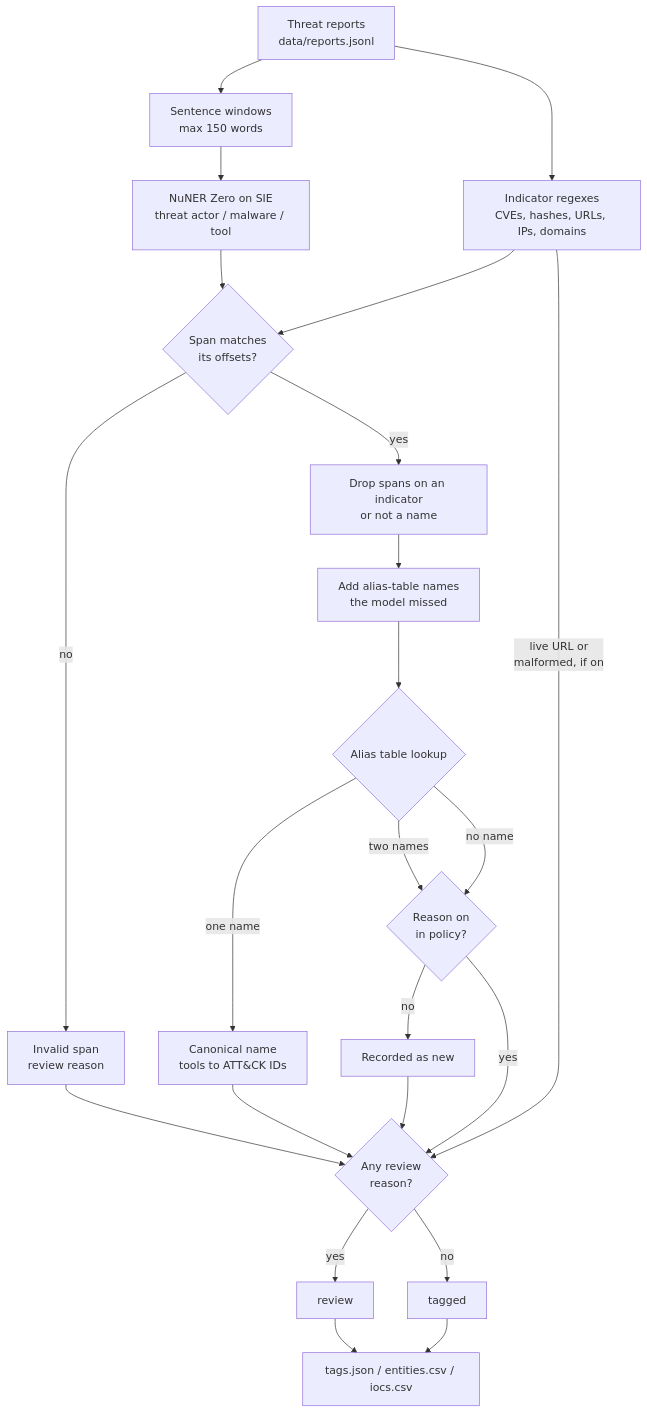
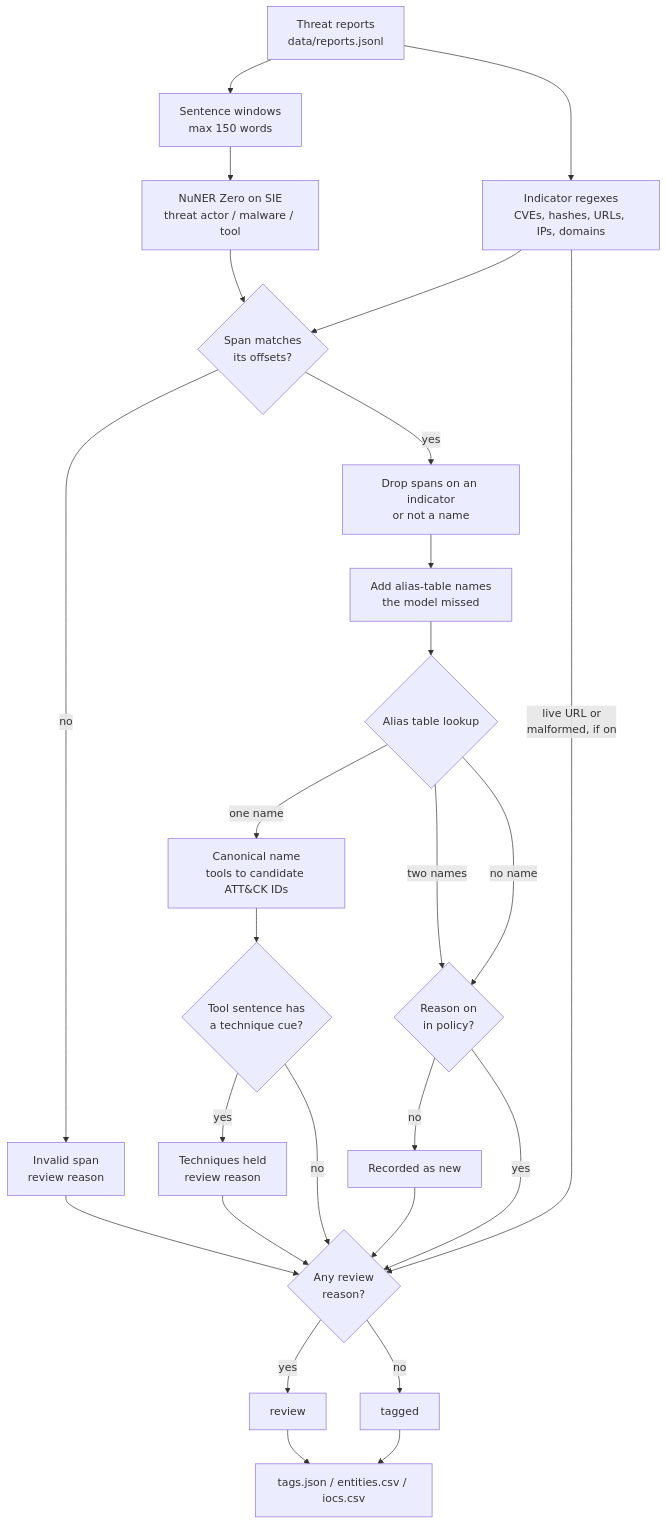
Before and after one commit to superlinked/cookbook: the diagram in security/threat_report_tagging/README.md, drawn with Mermaid. The commit also changed other lines of this file and 4 other files, not shown here.

````diff
--- a/security/threat_report_tagging/README.md
+++ b/security/threat_report_tagging/README.md
@@ -131,25 +158,28 @@
 ```mermaid
 flowchart TD
     R[Threat reports<br/>data/reports.jsonl] --> W[Sentence windows<br/>max 150 words]
     R --> I[Indicator regexes<br/>CVEs, hashes, URLs, IPs, domains]
     W --> N[NuNER Zero on SIE<br/>threat actor / malware / tool]
     N --> C{Span matches<br/>its offsets?}
     I --> C
     C -- no --> V[Invalid span<br/>review reason]
     C -- yes --> D[Drop spans on an indicator<br/>or not a name]
     D --> M[Add alias-table names<br/>the model missed]
     M --> A{Alias table lookup}
-    A -- one name --> T[Canonical name<br/>tools to ATT&CK IDs]
+    A -- one name --> T[Canonical name<br/>tools to candidate ATT&CK IDs]
     A -- two names --> P{Reason on<br/>in policy?}
     A -- no name --> P
     P -- no --> NW[Recorded as new]
     P -- yes --> S
     I -- live URL or<br/>malformed, if on --> S
     V --> S
-    T --> S{Any review<br/>reason?}
+    T --> Q{Tool sentence has<br/>a technique cue?}
+    Q -- yes --> H[Techniques held<br/>review reason]
+    H --> S
+    Q -- no --> S{Any review<br/>reason?}
     NW --> S
     S -- yes --> RV[review]
     S -- no --> TG[tagged]
     RV --> O[tags.json / entities.csv / iocs.csv]
     TG --> O
 ```
````
